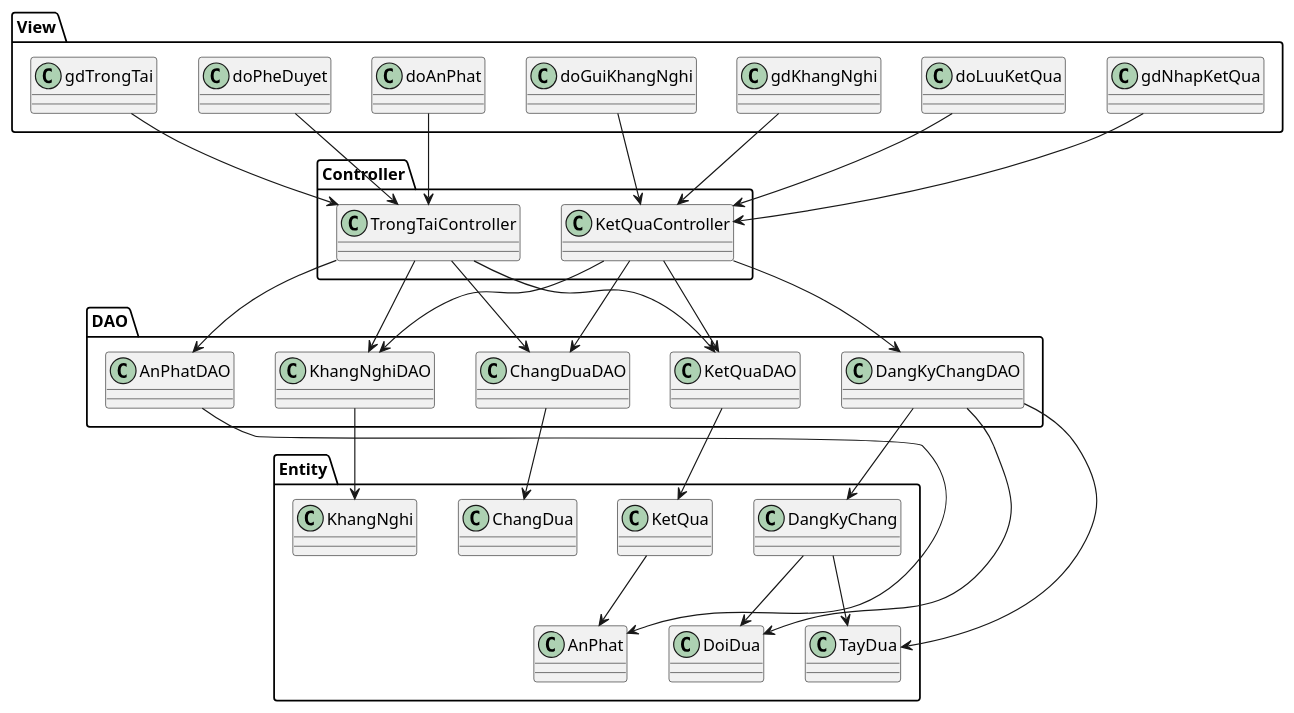
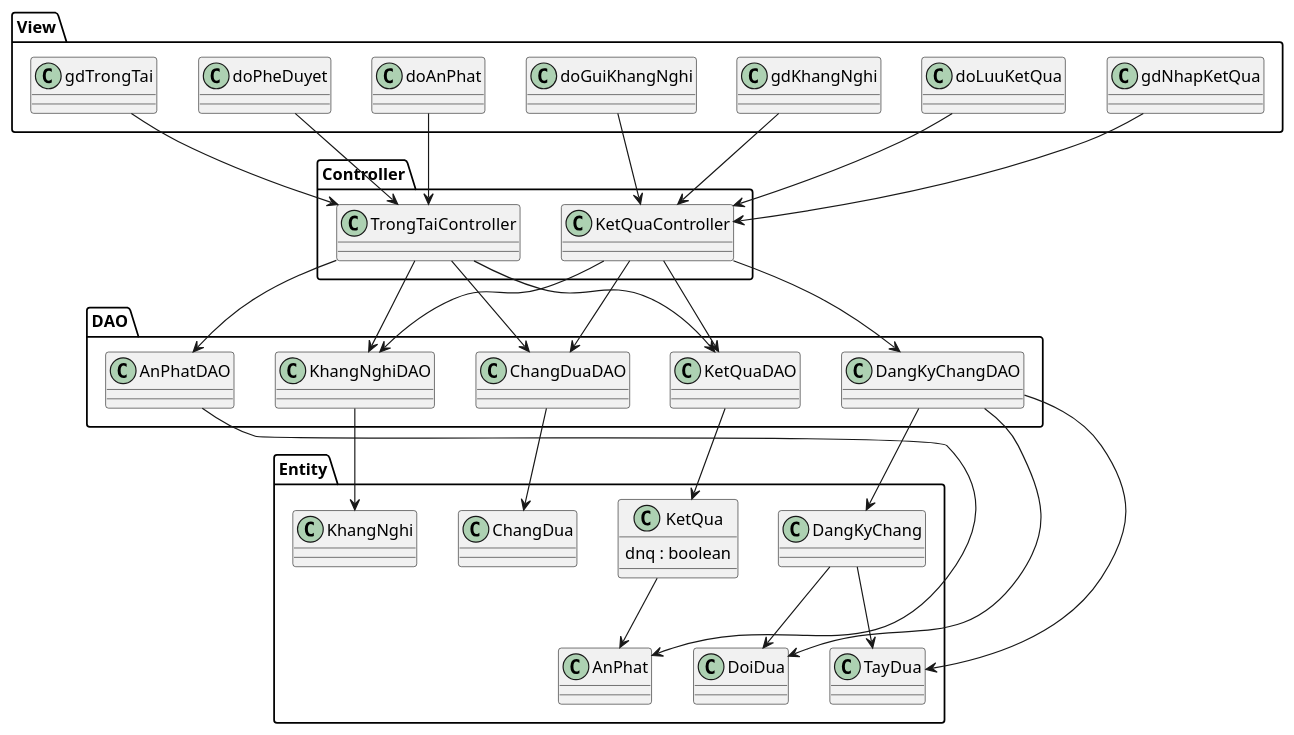
One commit to 7gho/CNPM-He2026 changed the fourth of 6 diagrams in Module 3 - Kiet/noi-dung.md. Above: the diagram before and after it, drawn with PlantUML. The commit also changed other lines of this file and 1 other file, not shown here.

````diff
--- a/Module 3 - Kiet/noi-dung.md
+++ b/Module 3 - Kiet/noi-dung.md
@@ -400,66 +391,68 @@
 ```plantuml
 @startuml
 package View {
   class gdNhapKetQua
   class doLuuKetQua
   class gdKhangNghi
   class doGuiKhangNghi
   class gdTrongTai
   class doAnPhat
   class doPheDuyet
 }
 
 package Controller {
   class KetQuaController
   class TrongTaiController
 }
 
 package DAO {
   class ChangDuaDAO
   class DangKyChangDAO
   class KetQuaDAO
   class KhangNghiDAO
   class AnPhatDAO
 }
 
 package Entity {
   class ChangDua
   class DangKyChang
   class TayDua
   class DoiDua
-  class KetQua
+  class KetQua {
+    dnq : boolean
+  }
   class KhangNghi
   class AnPhat
 }
 
 gdNhapKetQua --> KetQuaController
 doLuuKetQua --> KetQuaController
 gdKhangNghi --> KetQuaController
 doGuiKhangNghi --> KetQuaController
 gdTrongTai --> TrongTaiController
 doAnPhat --> TrongTaiController
 doPheDuyet --> TrongTaiController
 
 KetQuaController --> ChangDuaDAO
 KetQuaController --> DangKyChangDAO
 KetQuaController --> KetQuaDAO
 KetQuaController --> KhangNghiDAO
 
 TrongTaiController --> KhangNghiDAO
 TrongTaiController --> AnPhatDAO
 TrongTaiController --> KetQuaDAO
 TrongTaiController --> ChangDuaDAO
 
 ChangDuaDAO --> ChangDua
 DangKyChangDAO --> DangKyChang
 DangKyChangDAO --> TayDua
 DangKyChangDAO --> DoiDua
 KetQuaDAO --> KetQua
 KhangNghiDAO --> KhangNghi
 AnPhatDAO --> AnPhat
 
 DangKyChang --> TayDua
 DangKyChang --> DoiDua
 KetQua --> AnPhat
 @enduml
 ```
````
